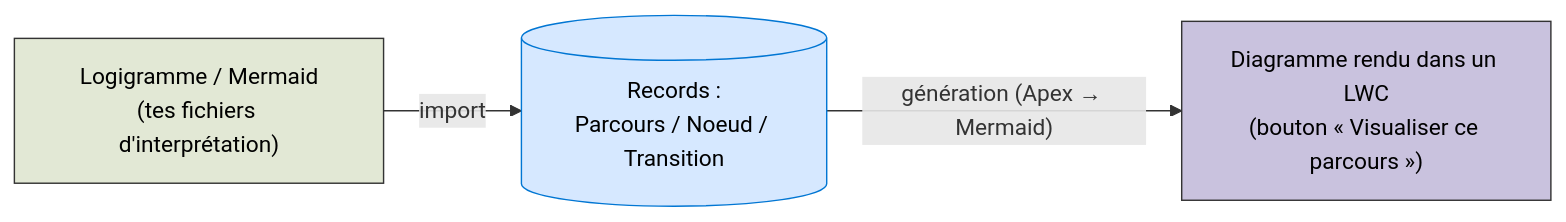
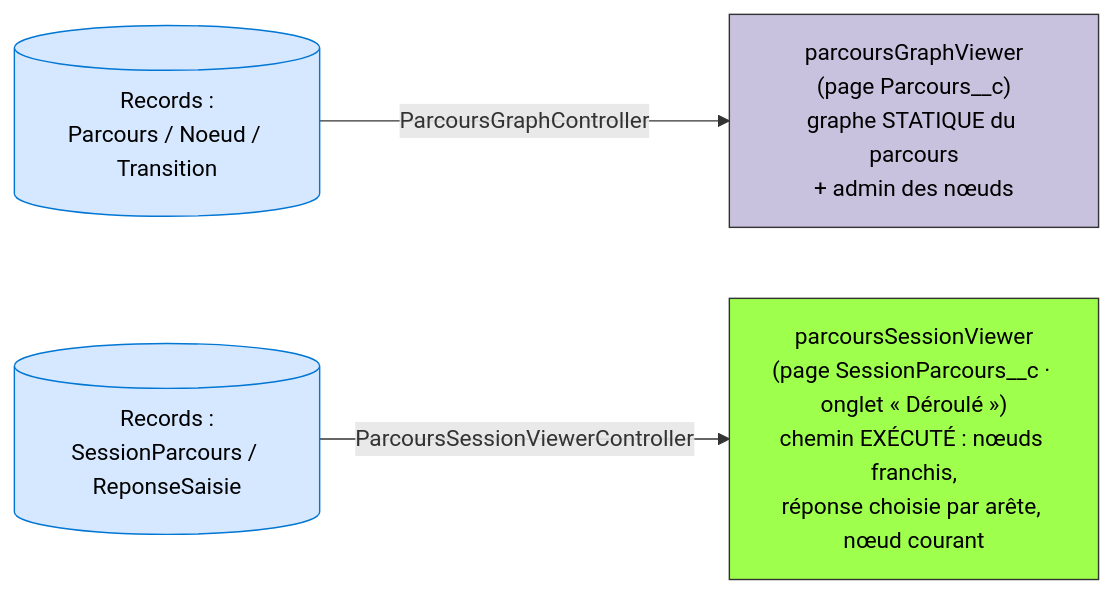
Diagram 13 of 14 in doc/Architecture_DataDriven.md (cverhaest/schemaToSF), drawn with Mermaid before and after one commit. The commit also changed other lines of this file and 102 other files, not shown here.

````diff
--- a/doc/Architecture_DataDriven.md
+++ b/doc/Architecture_DataDriven.md
@@ -326,9 +328,9 @@
 ```mermaid
 flowchart LR
-  LOGI["Logigramme / Mermaid<br/>(tes fichiers d'interprétation)"]:::question -->|"import"| REC[("Records :<br/>Parcours / Noeud / Transition")]:::data
-  REC -->|"génération (Apex → Mermaid)"| VIZ["Diagramme rendu dans un LWC<br/>(bouton « Visualiser ce parcours »)"]:::navigation
+  REC[("Records :<br/>Parcours / Noeud / Transition")]:::data -->|"ParcoursGraphController"| VGP["parcoursGraphViewer<br/>(page Parcours__c)<br/>graphe STATIQUE du parcours<br/>+ admin des nœuds"]:::navigation
+  EXE[("Records :<br/>SessionParcours / ReponseSaisie")]:::data -->|"ParcoursSessionViewerController"| VSE["parcoursSessionViewer<br/>(page SessionParcours__c · onglet « Déroulé »)<br/>chemin EXÉCUTÉ : nœuds franchis,<br/>réponse choisie par arête, nœud courant"]:::action
 
-  classDef question fill:#E2E8D5,stroke:#333,color:#000;
   classDef data fill:#D6E8FF,stroke:#0176d3,color:#000;
   classDef navigation fill:#C9C2DE,stroke:#333,color:#000;
+  classDef action fill:#9EFF4D,stroke:#333,color:#000;
 ```
````
